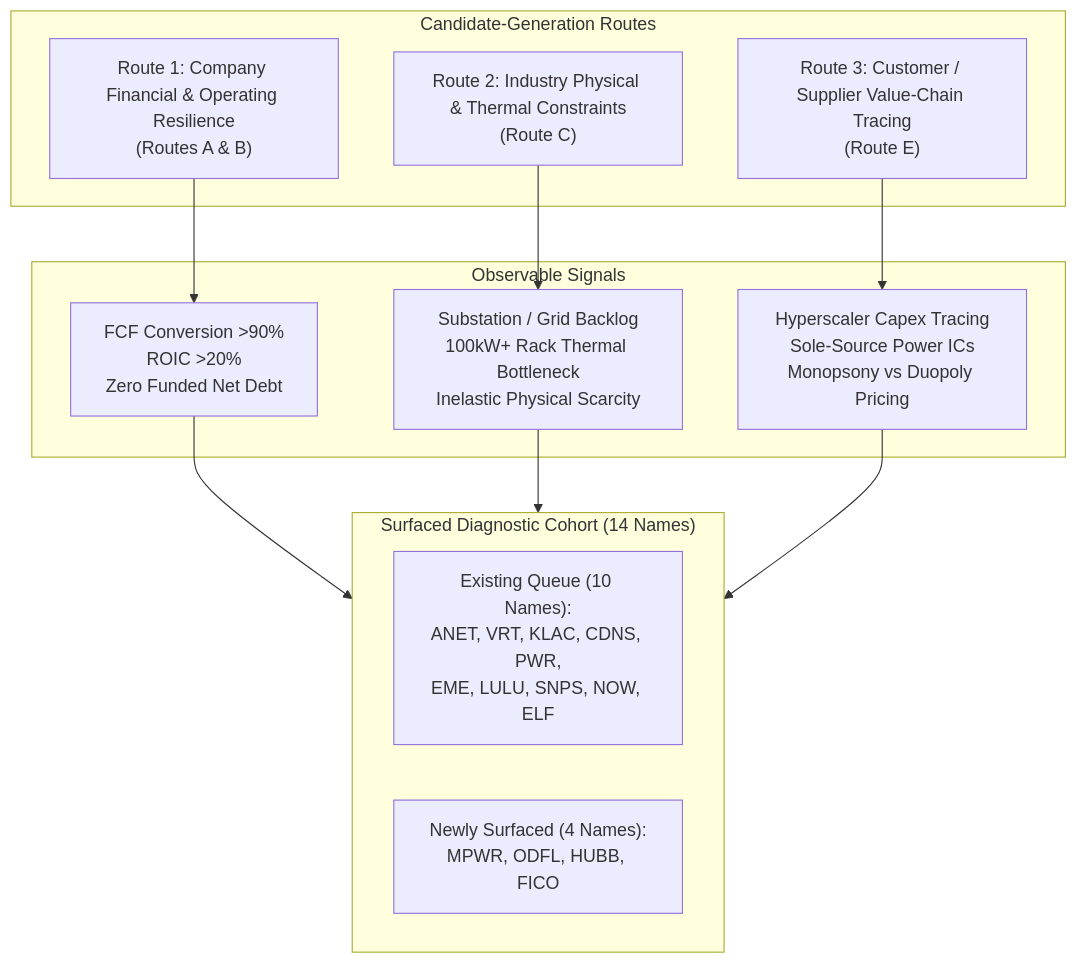
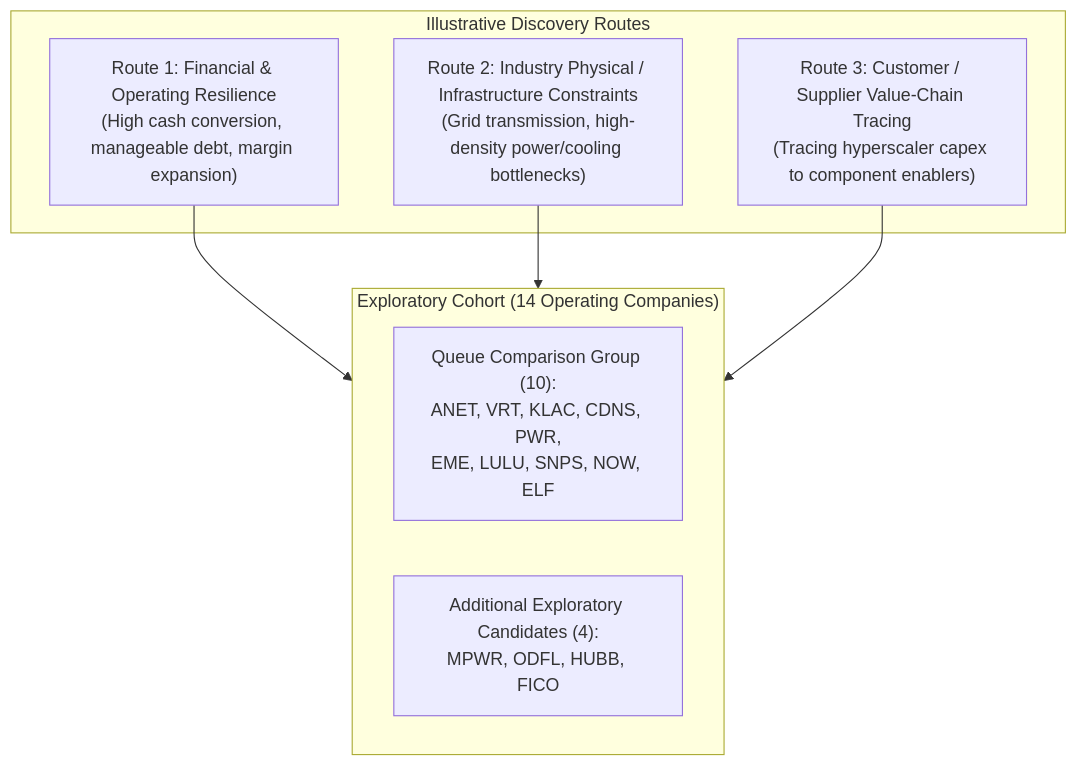
One commit to daakara/finance changed the diagram in docs/research/evidence_led_discovery/SEARCH_UNIVERSE_AND_TRIAGE_MATRIX.md. Above: the diagram before and after it, drawn with Mermaid. The commit also changed other lines of this file and 5 other files, not shown here.

````diff
--- a/docs/research/evidence_led_discovery/SEARCH_UNIVERSE_AND_TRIAGE_MATRIX.md
+++ b/docs/research/evidence_led_discovery/SEARCH_UNIVERSE_AND_TRIAGE_MATRIX.md
@@ -62,23 +52,17 @@
 ```mermaid
 flowchart TD
-    subgraph Routes["Candidate-Generation Routes"]
-        R1["Route 1: Company Financial & Operating Resilience<br/>(Routes A & B)"]
-        R2["Route 2: Industry Physical & Thermal Constraints<br/>(Route C)"]
-        R3["Route 3: Customer / Supplier Value-Chain Tracing<br/>(Route E)"]
+    subgraph Routes["Illustrative Discovery Routes"]
+        R1["Route 1: Financial & Operating Resilience<br/>(High cash conversion, manageable debt, margin expansion)"]
+        R2["Route 2: Industry Physical / Infrastructure Constraints<br/>(Grid transmission, high-density power/cooling bottlenecks)"]
+        R3["Route 3: Customer / Supplier Value-Chain Tracing<br/>(Tracing hyperscaler capex to component enablers)"]
     end
 
-    subgraph Signals["Observable Signals"]
-        S1["FCF Conversion >90%<br/>ROIC >20%<br/>Zero Funded Net Debt"]
-        S2["Substation / Grid Backlog<br/>100kW+ Rack Thermal Bottleneck<br/>Inelastic Physical Scarcity"]
-        S3["Hyperscaler Capex Tracing<br/>Sole-Source Power ICs<br/>Monopsony vs Duopoly Pricing"]
+    subgraph Cohort["Exploratory Cohort (14 Operating Companies)"]
+        C1["Queue Comparison Group (10):<br/>ANET, VRT, KLAC, CDNS, PWR,<br/>EME, LULU, SNPS, NOW, ELF"]
+        C2["Additional Exploratory Candidates (4):<br/>MPWR, ODFL, HUBB, FICO"]
     end
 
-    subgraph Candidates["Surfaced Diagnostic Cohort (14 Names)"]
-        C1["Existing Queue (10 Names):<br/>ANET, VRT, KLAC, CDNS, PWR,<br/>EME, LULU, SNPS, NOW, ELF"]
-        C2["Newly Surfaced (4 Names):<br/>MPWR, ODFL, HUBB, FICO"]
-    end
-
-    R1 --> S1 --> Candidates
-    R2 --> S2 --> Candidates
-    R3 --> S3 --> Candidates
+    R1 --> Cohort
+    R2 --> Cohort
+    R3 --> Cohort
 ```
````
